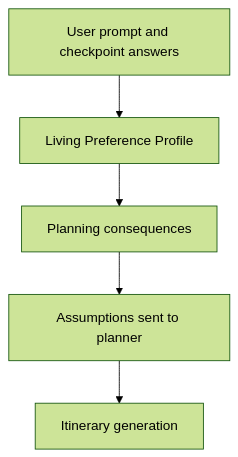
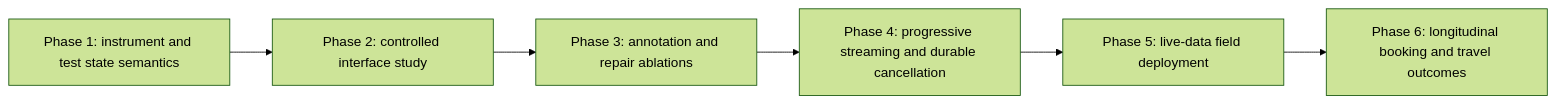
Diagram 12 of 12 in docs/SCIENTIFIC_DOCUMENTATION.md (FabioZheng/chi), drawn with Mermaid (forest theme) before and after one commit. The commit also changed other lines of this file and 35 other files, not shown here.

````diff
--- a/docs/SCIENTIFIC_DOCUMENTATION.md
+++ b/docs/SCIENTIFIC_DOCUMENTATION.md
@@ -160,7 +1902,8 @@
-```mermaid
-flowchart TD
-  A["User prompt and checkpoint answers"] --> B["Living Preference Profile"]
-  B --> C["Planning consequences"]
-  C --> D["Assumptions sent to planner"]
-  D --> E["Itinerary generation"]
-```
+~~~mermaid
+flowchart LR
+  A["Phase 1: instrument and test state semantics"] --> B["Phase 2: controlled interface study"]
+  B --> C["Phase 3: annotation and repair ablations"]
+  C --> D["Phase 4: progressive streaming and durable cancellation"]
+  D --> E["Phase 5: live-data field deployment"]
+  E --> F["Phase 6: longitudinal booking and travel outcomes"]
+~~~
````
